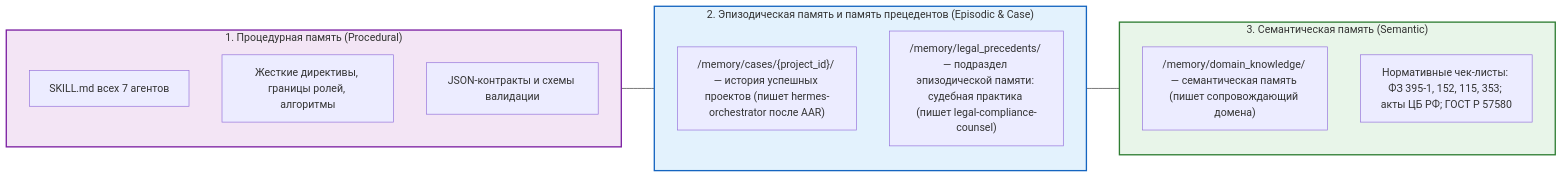
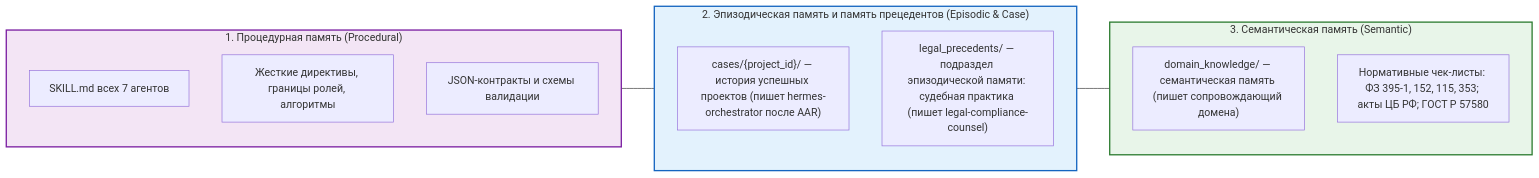
The diagram in docs/diagrams/memory-hierarchy.mmd (DenisZakharov2/hermes-protocol-team), drawn with Mermaid before and after one commit. The commit also changed 56 other files, not shown here.

```diff
--- a/docs/diagrams/memory-hierarchy.mmd
+++ b/docs/diagrams/memory-hierarchy.mmd
@@ -1,25 +1,26 @@
 %% Трехуровневая память Hermes Protocol
+%% Пути каталогов рантайма относительны сконфигурированного memory_root.
 
 flowchart LR
     subgraph PM["1. Процедурная память (Procedural)"]
         PM1[SKILL.md всех 7 агентов]
         PM2[Жесткие директивы, границы ролей, алгоритмы]
         PM3[JSON-контракты и схемы валидации]
     end
 
     subgraph EM["2. Эпизодическая память и память прецедентов (Episodic & Case)"]
-        EM1["/memory/cases/{project_id}/ — история успешных проектов (пишет hermes-orchestrator после AAR)"]
-        EM2["/memory/legal_precedents/ — подраздел эпизодической памяти: судебная практика (пишет legal-compliance-counsel)"]
+        EM1["cases/{project_id}/ — история успешных проектов (пишет hermes-orchestrator после AAR)"]
+        EM2["legal_precedents/ — подраздел эпизодической памяти: судебная практика (пишет legal-compliance-counsel)"]
     end
 
     subgraph SM["3. Семантическая память (Semantic)"]
-        SM1["/memory/domain_knowledge/ — семантическая память (пишет сопровождающий домена)"]
+        SM1["domain_knowledge/ — семантическая память (пишет сопровождающий домена)"]
         SM2[Нормативные чек-листы: ФЗ 395-1, 152, 115, 353; акты ЦБ РФ; ГОСТ Р 57580]
     end
 
     PM --- EM
     EM --- SM
 
     style PM fill:#f3e5f5,stroke:#7b1fa2,stroke-width:2px
     style EM fill:#e3f2fd,stroke:#1565c0,stroke-width:2px
     style SM fill:#e8f5e9,stroke:#2e7d32,stroke-width:2px
```
